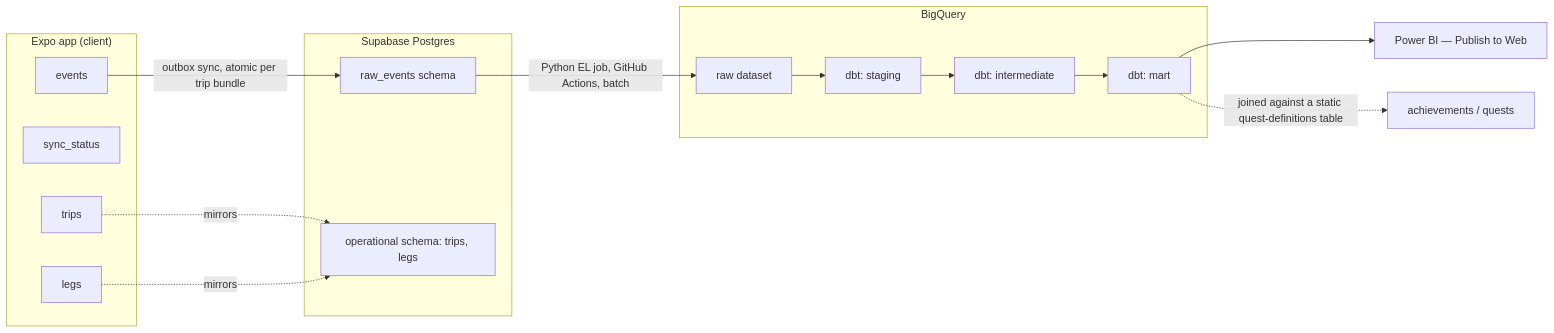
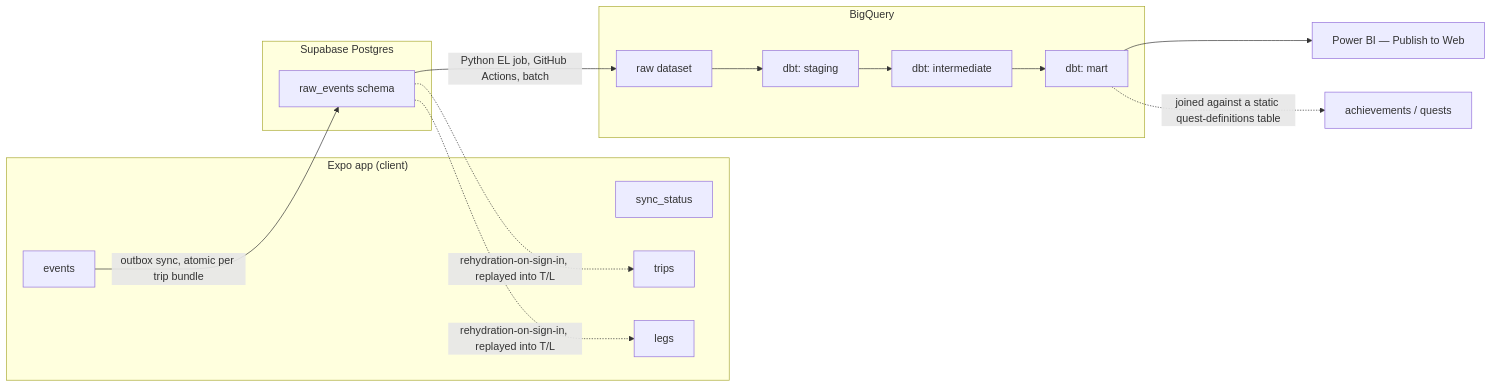
The second of 2 diagrams in docs/data-layer.md (vanbrantley/subway-quest), drawn with Mermaid before and after one commit. The commit also changed other lines of this file and 10 other files, not shown here.

Commit message:
completed milestone 4 -- getting EL job to populate BigQuery; remove operational schema from the data model, add hydration logic for when device lacks local data

````diff
--- a/docs/data-layer.md
+++ b/docs/data-layer.md
@@ -180,32 +180,31 @@
 ```mermaid
 flowchart LR
     subgraph Device["Expo app (client)"]
         E[events]
         SS[sync_status]
         T[trips]
         L[legs]
     end
 
     subgraph Supabase["Supabase Postgres"]
         RE[raw_events schema]
-        OP[operational schema: trips, legs]
     end
 
     subgraph BQ["BigQuery"]
         RAW[raw dataset]
         STG[dbt: staging]
         INT[dbt: intermediate]
         MART[dbt: mart]
     end
 
     PBI[Power BI — Publish to Web]
 
     E -->|outbox sync, atomic per trip bundle| RE
-    T -.mirrors.-> OP
-    L -.mirrors.-> OP
+    RE -.rehydration-on-sign-in, replayed into T/L.-> T
+    RE -.rehydration-on-sign-in, replayed into T/L.-> L
     RE -->|Python EL job, GitHub Actions, batch| RAW
     RAW --> STG --> INT --> MART
     MART --> PBI
 
     MART -.joined against a static quest-definitions table.-> QUESTS[achievements / quests]
 ```
````
